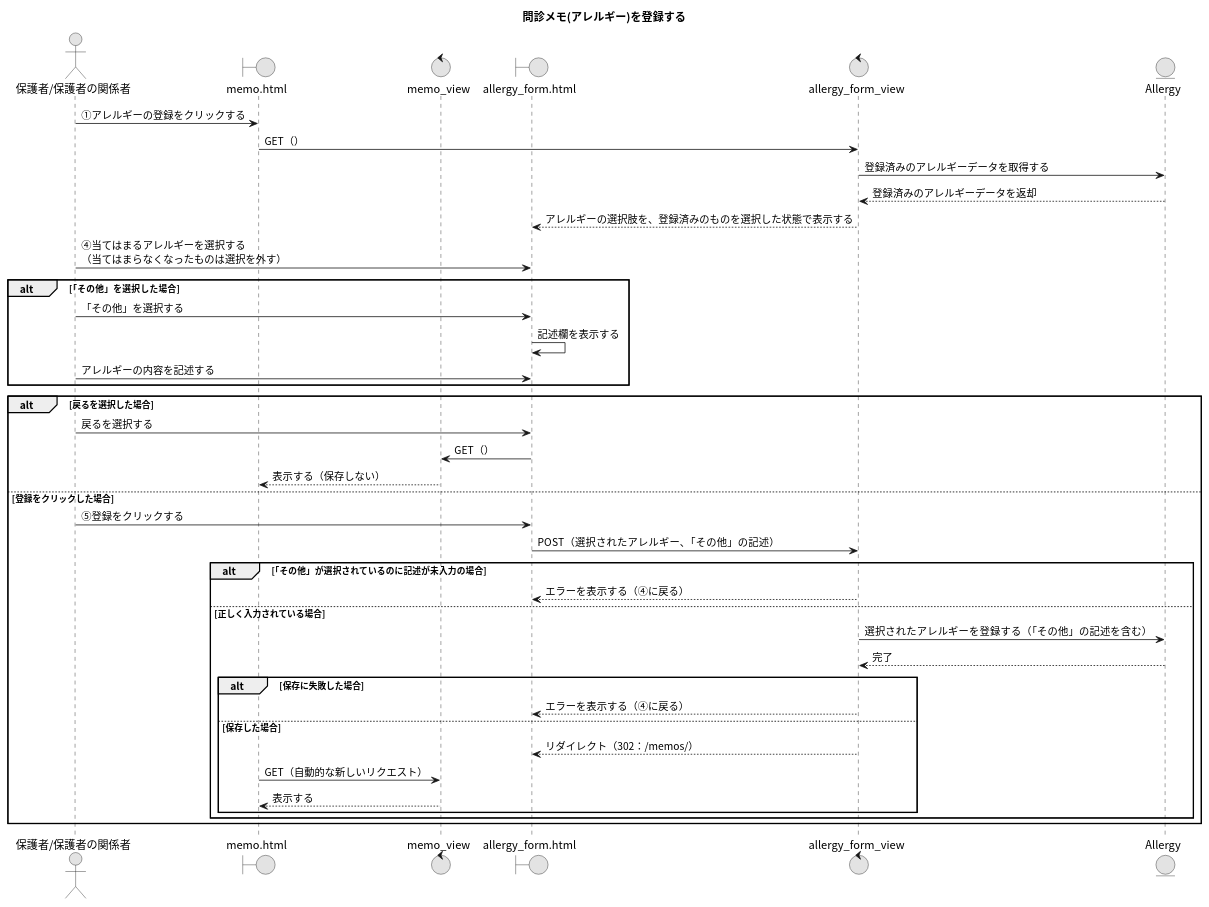
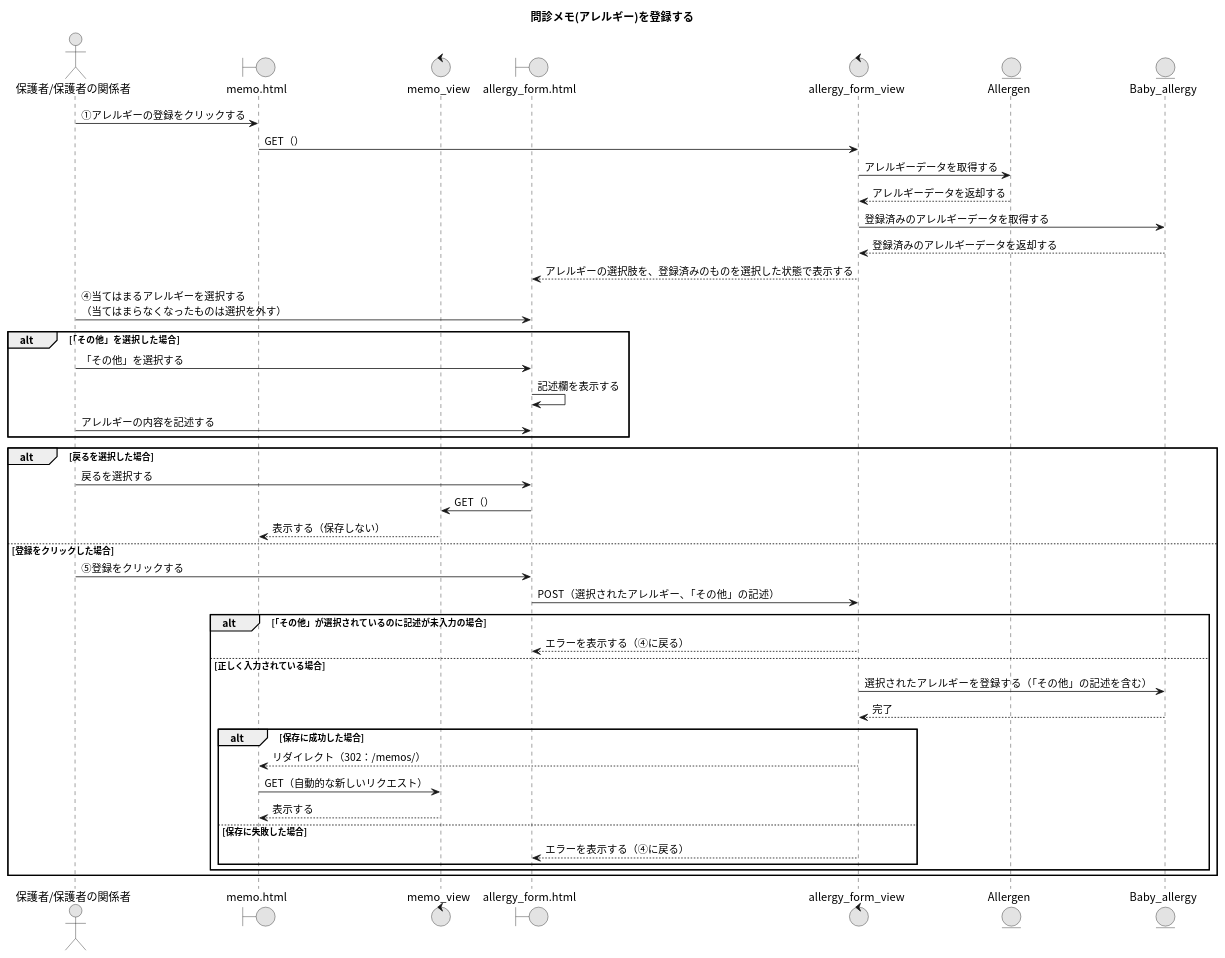
The diagram in 17_問診メモ(アレルギー)を登録する.puml (Ma2naga190330/26_sotugyou_puml), drawn with PlantUML before and after one commit. The commit also changed 2 other files, not shown here.

```diff
--- a/17_問診メモ(アレルギー)を登録する.puml
+++ b/17_問診メモ(アレルギー)を登録する.puml
@@ -1,48 +1,50 @@
 @startuml
 title 問診メモ(アレルギー)を登録する
 skinparam defaultFontName "Noto Sans CJK JP"
 skinparam monochrome true
 
 actor "保護者/保護者の関係者" as A
 boundary "memo.html" as MP
 control "memo_view" as MV
 boundary "allergy_form.html" as AFP
 control "allergy_form_view" as AFV
-entity "Allergy" as AM
+entity "Allergen" as AM
+entity "Baby_allergy" as BAM
 
-' test
 A -> MP : ①アレルギーの登録をクリックする
 MP -> AFV : GET（）
-AFV -> AM : 登録済みのアレルギーデータを取得する
-AFV <-- AM : 登録済みのアレルギーデータを返却
+AFV -> AM : アレルギーデータを取得する
+AFV <-- AM : アレルギーデータを返却する
+AFV -> BAM : 登録済みのアレルギーデータを取得する
+AFV <-- BAM : 登録済みのアレルギーデータを返却する
 AFV --> AFP : アレルギーの選択肢を、登録済みのものを選択した状態で表示する
 
 A -> AFP : ④当てはまるアレルギーを選択する\n（当てはまらなくなったものは選択を外す）
 alt 「その他」を選択した場合
   A -> AFP : 「その他」を選択する
   AFP -> AFP : 記述欄を表示する
   A -> AFP : アレルギーの内容を記述する
 end
 
 alt 戻るを選択した場合
   A -> AFP : 戻るを選択する
   AFP -> MV : GET（）
   MV --> MP : 表示する（保存しない）
 else 登録をクリックした場合
   A -> AFP : ⑤登録をクリックする
   AFP -> AFV : POST（選択されたアレルギー、「その他」の記述）
   alt 「その他」が選択されているのに記述が未入力の場合
     AFV --> AFP : エラーを表示する（④に戻る）
   else 正しく入力されている場合
-    AFV -> AM : 選択されたアレルギーを登録する（「その他」の記述を含む）
-    AFV <-- AM : 完了
-    alt 保存に失敗した場合
-      AFV --> AFP : エラーを表示する（④に戻る）
-    else 保存した場合
-      AFV --> AFP : リダイレクト（302：/memos/）
+    AFV -> BAM : 選択されたアレルギーを登録する（「その他」の記述を含む）
+    AFV <-- BAM : 完了
+    alt 保存に成功した場合
+      MP <-- AFV : リダイレクト（302：/memos/）
       MP -> MV : GET（自動的な新しいリクエスト）
       MV --> MP : 表示する
+    else 保存に失敗した場合
+      AFV --> AFP : エラーを表示する（④に戻る）
     end
   end
 end
 @enduml
```
